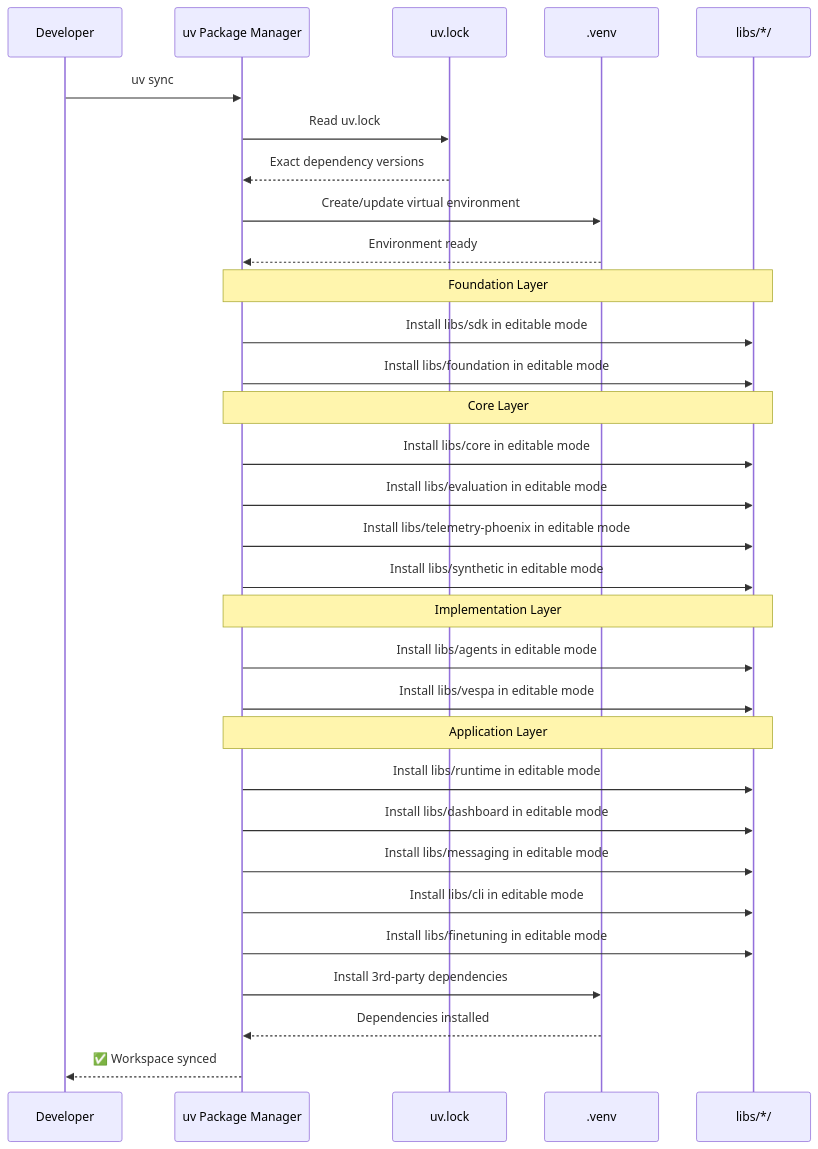
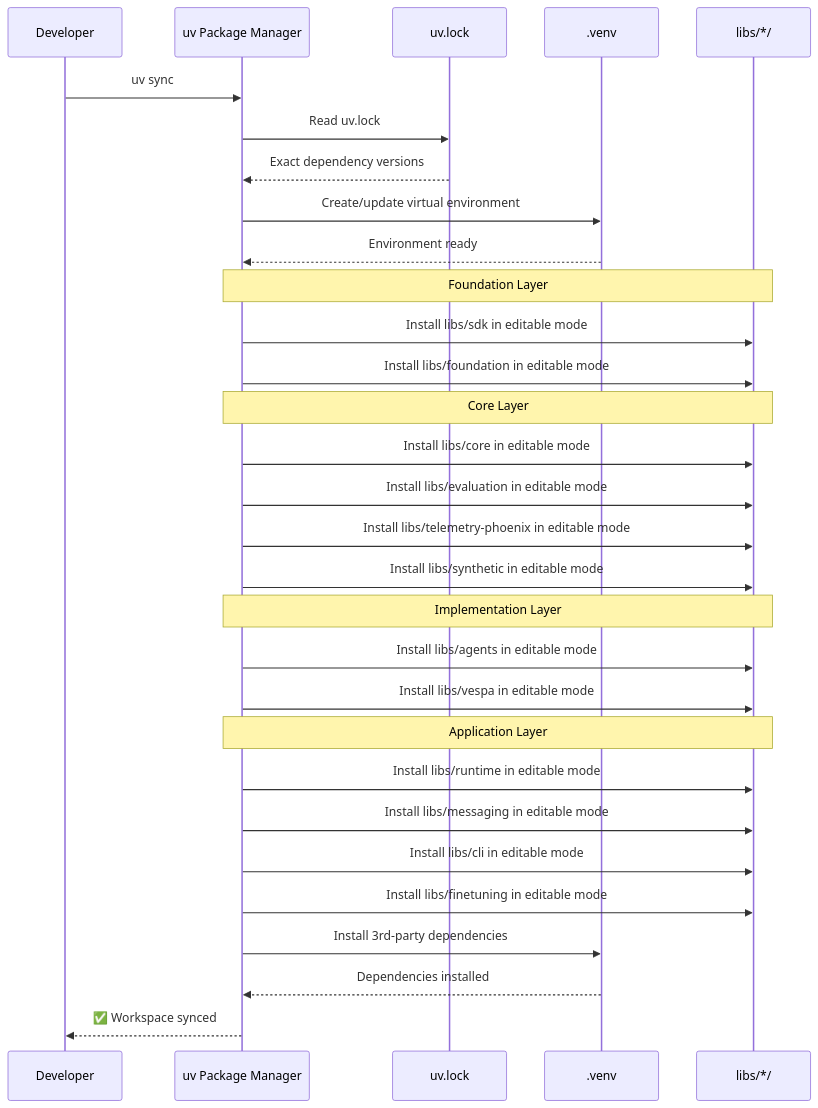
Diagram 24 of 26 in docs/diagrams/sdk-architecture-diagrams.md (amit-jain/cogniverse), drawn with Mermaid before and after one commit. The commit also changed other lines of this file and 241 other files, not shown here.

````diff
--- a/docs/diagrams/sdk-architecture-diagrams.md
+++ b/docs/diagrams/sdk-architecture-diagrams.md
@@ -1501,41 +1421,40 @@
 ```mermaid
 sequenceDiagram
     participant Dev as Developer
     participant UV as uv Package Manager
     participant Lock as uv.lock
     participant VEnv as .venv
     participant Packages as libs/*/
 
     Dev->>UV: uv sync
     UV->>Lock: Read uv.lock
     Lock-->>UV: Exact dependency versions
 
     UV->>VEnv: Create/update virtual environment
     VEnv-->>UV: Environment ready
 
     Note over UV,Packages: Foundation Layer
     UV->>Packages: Install libs/sdk in editable mode
     UV->>Packages: Install libs/foundation in editable mode
 
     Note over UV,Packages: Core Layer
     UV->>Packages: Install libs/core in editable mode
     UV->>Packages: Install libs/evaluation in editable mode
     UV->>Packages: Install libs/telemetry-phoenix in editable mode
     UV->>Packages: Install libs/synthetic in editable mode
 
     Note over UV,Packages: Implementation Layer
     UV->>Packages: Install libs/agents in editable mode
     UV->>Packages: Install libs/vespa in editable mode
 
     Note over UV,Packages: Application Layer
     UV->>Packages: Install libs/runtime in editable mode
-    UV->>Packages: Install libs/dashboard in editable mode
     UV->>Packages: Install libs/messaging in editable mode
     UV->>Packages: Install libs/cli in editable mode
     UV->>Packages: Install libs/finetuning in editable mode
 
     UV->>VEnv: Install 3rd-party dependencies
     VEnv-->>UV: Dependencies installed
 
     UV-->>Dev: ✅ Workspace synced
 ```
````
